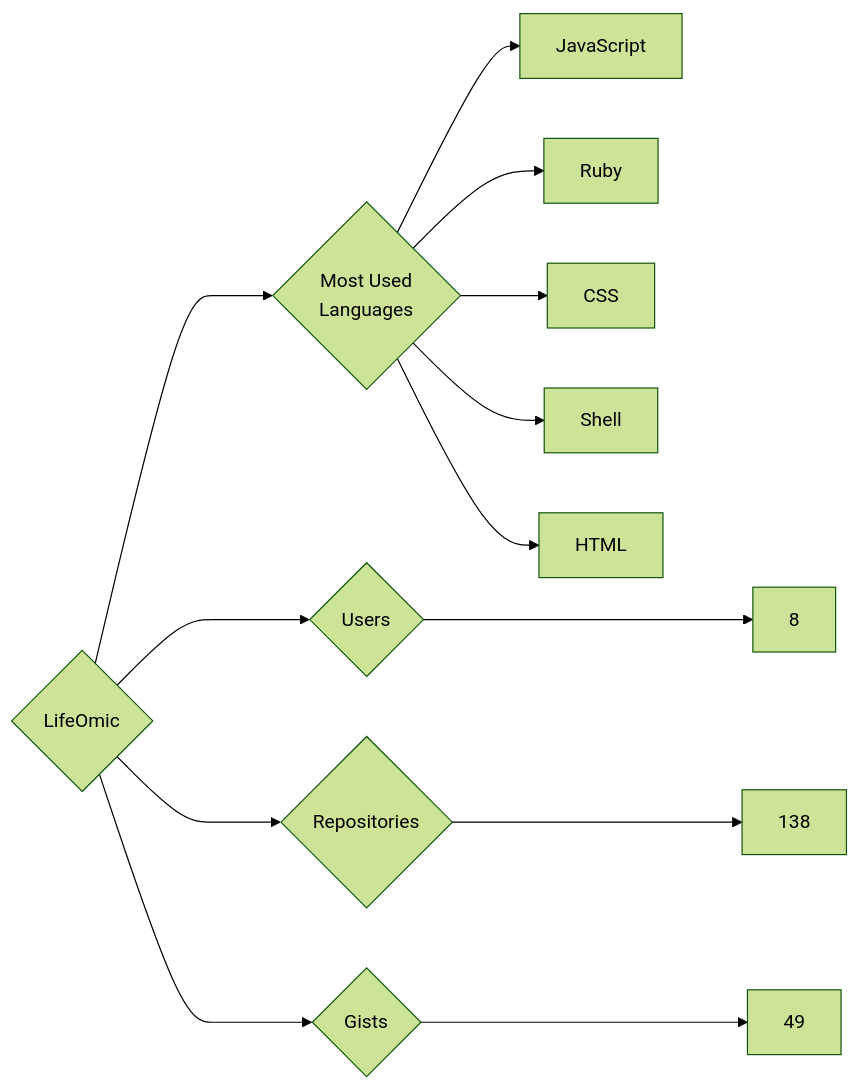
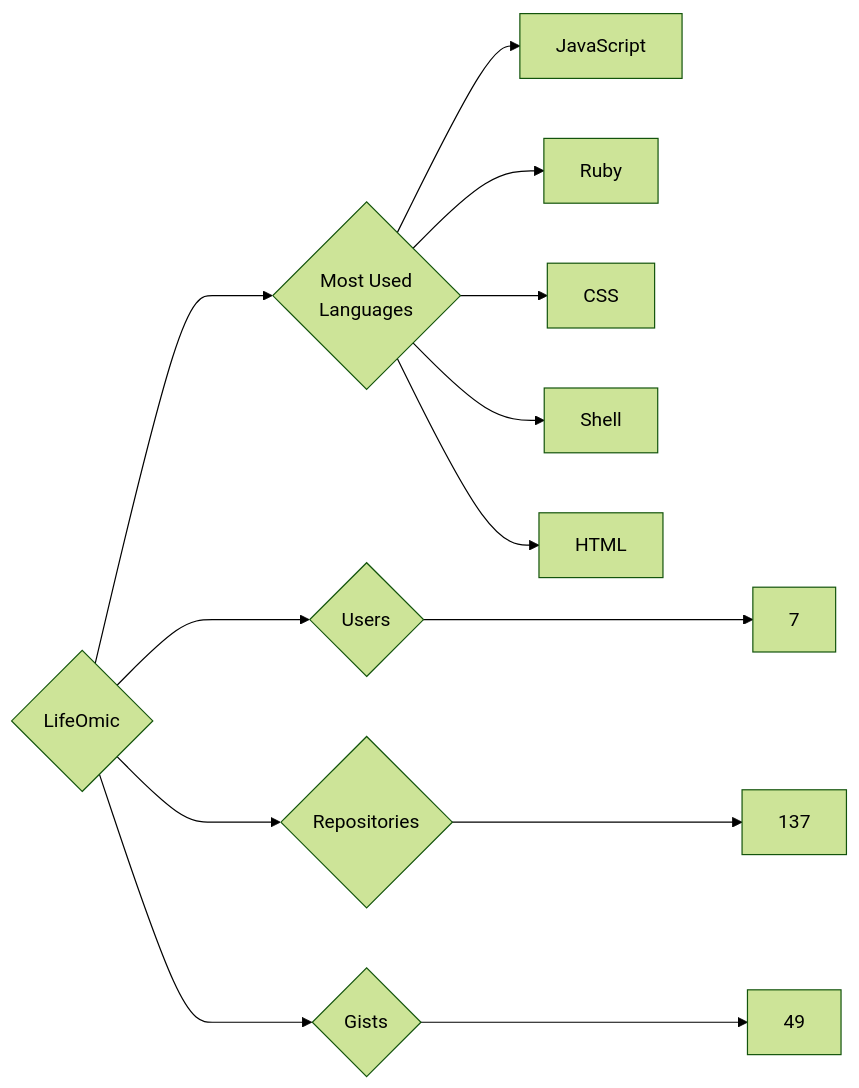
One commit to trickest/insiders changed the diagram in targets/LifeOmic/README.md. Above: the diagram before and after it, drawn with Mermaid (forest theme). The commit also changed 823 other files, not shown here.

````diff
--- a/targets/LifeOmic/README.md
+++ b/targets/LifeOmic/README.md
@@ -3,13 +3,13 @@
 ```mermaid
 graph LR
 COMPANY_NAME{LifeOmic}
-COMPANY_NAME ---> U{Users} ---> UN[8]
-COMPANY_NAME ---> R{Repositories} ---> RN[138]
+COMPANY_NAME ---> U{Users} ---> UN[7]
+COMPANY_NAME ---> R{Repositories} ---> RN[137]
 COMPANY_NAME ---> G{Gists} ---> GN[49]
 COMPANY_NAME ---> ML{Most Used<br>Languages}
 ML --> JavaScript[JavaScript]
 ML --> Ruby[Ruby]
 ML --> CSS[CSS]
 ML --> Shell[Shell]
 ML --> HTML[HTML]
 ```
````
